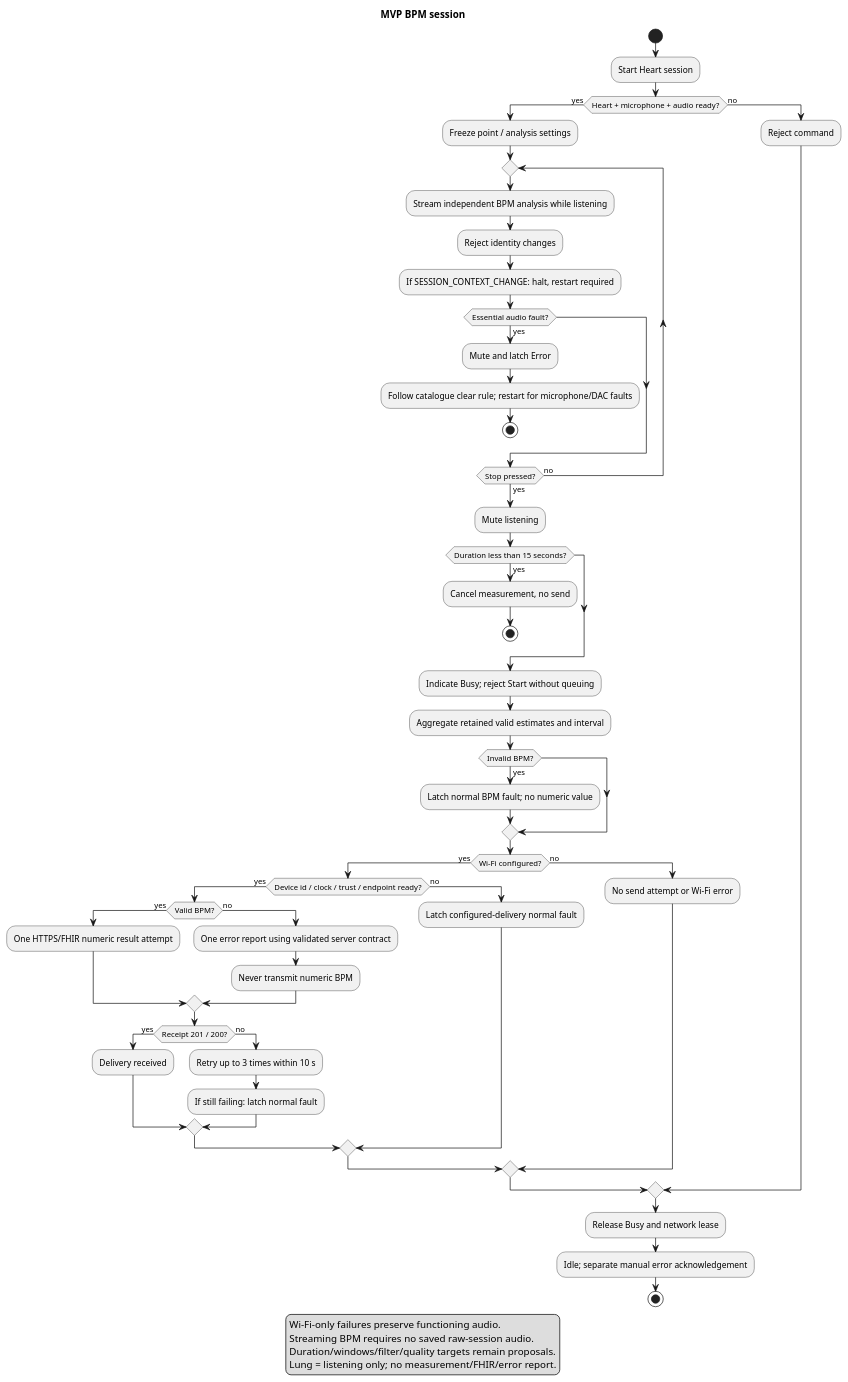
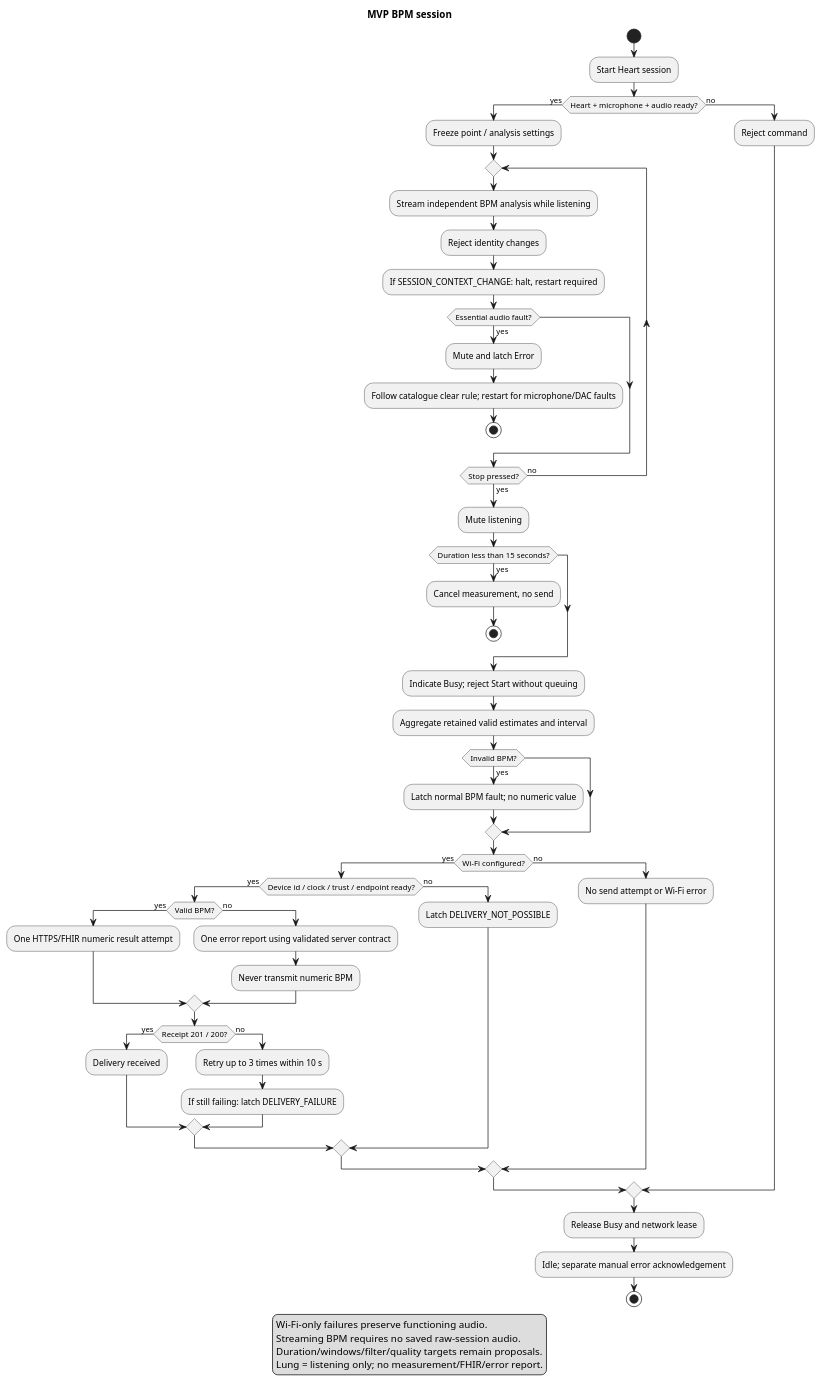
Before and after one commit to DemonicPsychoII/DigitalStethoscope: the diagram in Development/system/architecture/measurement-workflow.puml, drawn with PlantUML. The commit also changed 10 other files, not shown here.

```diff
--- a/Development/system/architecture/measurement-workflow.puml
+++ b/Development/system/architecture/measurement-workflow.puml
@@ -1,61 +1,61 @@
 @startuml measurement_workflow
 skinparam shadowing false
 skinparam defaultFontName SansSerif
 title MVP BPM session
 start
 :Start Heart session;
 if (Heart + microphone + audio ready?) then (yes)
  :Freeze point / analysis settings;
  repeat
   :Stream independent BPM analysis while listening;
   :Reject identity changes;
   :If SESSION_CONTEXT_CHANGE: halt, restart required;
   if (Essential audio fault?) then (yes)
    :Mute and latch Error;
    :Follow catalogue clear rule; restart for microphone/DAC faults;
    stop
   endif
  repeat while (Stop pressed?) is (no) not (yes)
  :Mute listening;
  if (Duration less than 15 seconds?) then (yes)
   :Cancel measurement, no send;
   stop
  endif
  :Indicate Busy; reject Start without queuing;
  :Aggregate retained valid estimates and interval;
  if (Invalid BPM?) then (yes)
   :Latch normal BPM fault; no numeric value;
  endif
  if (Wi-Fi configured?) then (yes)
   if (Device id / clock / trust / endpoint ready?) then (yes)
    if (Valid BPM?) then (yes)
     :One HTTPS/FHIR numeric result attempt;
    else (no)
     :One error report using validated server contract;
     :Never transmit numeric BPM;
    endif
    if (Receipt 201 / 200?) then (yes)
     :Delivery received;
    else (no)
     :Retry up to 3 times within 10 s;
-    :If still failing: latch normal fault;
+    :If still failing: latch DELIVERY_FAILURE;
    endif
   else (no)
-   :Latch configured-delivery normal fault;
+   :Latch DELIVERY_NOT_POSSIBLE;
   endif
  else (no)
   :No send attempt or Wi-Fi error;
  endif
 else (no)
  :Reject command;
 endif
 :Release Busy and network lease;
 :Idle; separate manual error acknowledgement;
 stop
 legend bottom
   Wi-Fi-only failures preserve functioning audio.
   Streaming BPM requires no saved raw-session audio.
   Duration/windows/filter/quality targets remain proposals.
   Lung = listening only; no measurement/FHIR/error report.
 endlegend
 @enduml
```
